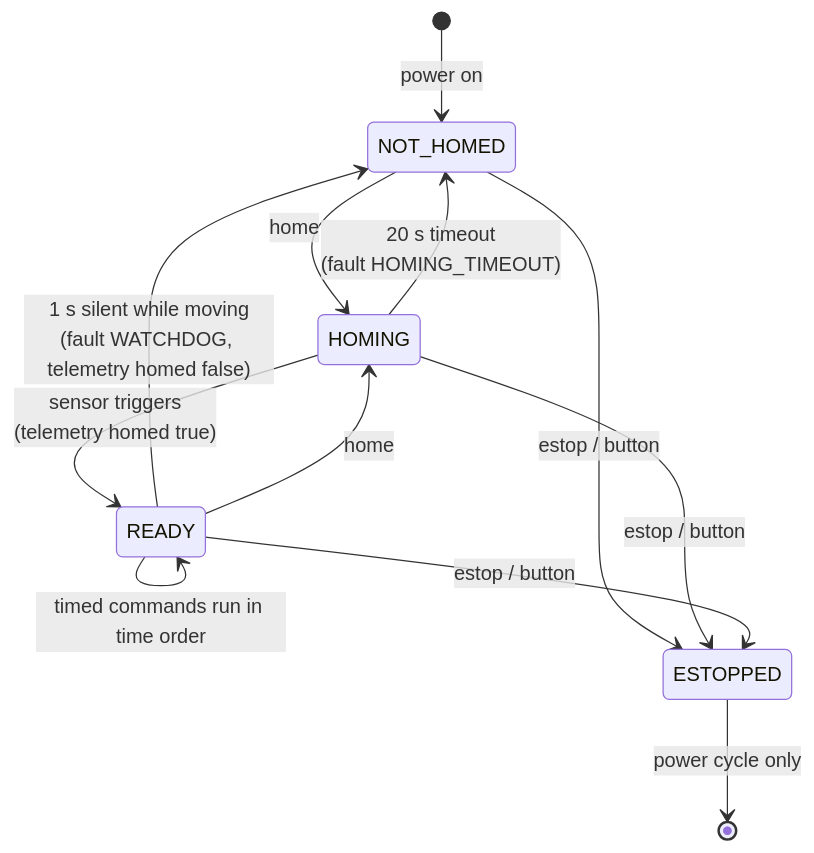
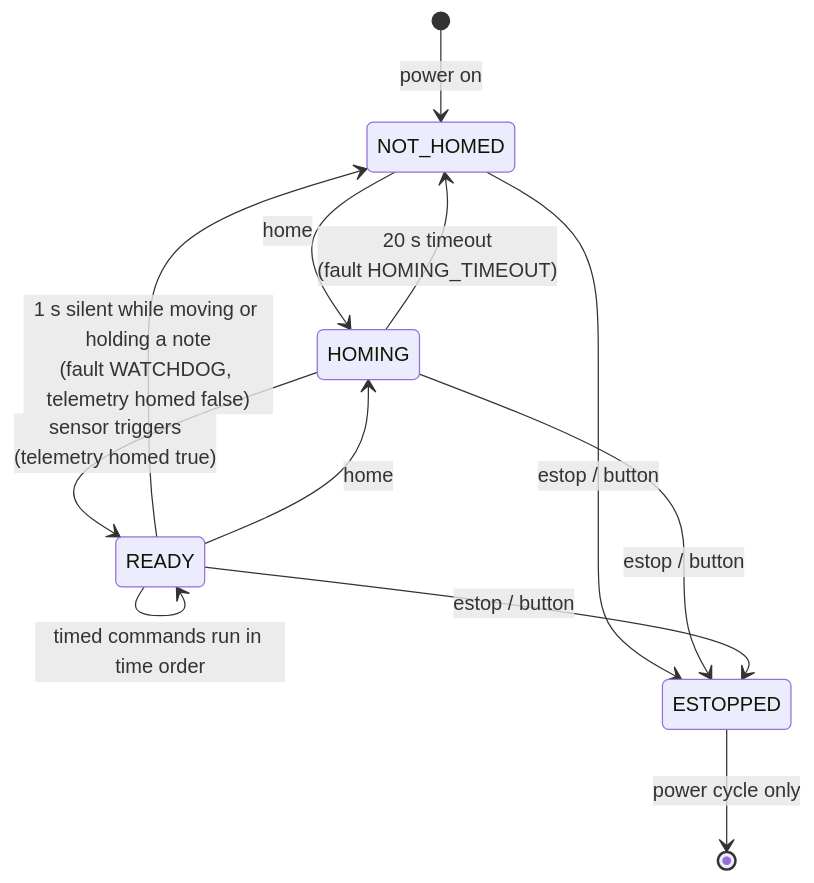
One commit to gilrvrv-design/Duet changed the fourth of 6 diagrams in docs/device-protocol.md. Above: the diagram before and after it, drawn with Mermaid. The commit also changed other lines of this file and 20 other files, not shown here.

````diff
--- a/docs/device-protocol.md
+++ b/docs/device-protocol.md
@@ -243,14 +245,14 @@
 ```mermaid
 stateDiagram-v2
     [*] --> NOT_HOMED: power on
     NOT_HOMED --> HOMING: home
     HOMING --> READY: sensor triggers<br/>(telemetry homed true)
     HOMING --> NOT_HOMED: 20 s timeout<br/>(fault HOMING_TIMEOUT)
     READY --> READY: timed commands run in time order
-    READY --> NOT_HOMED: 1 s silent while moving<br/>(fault WATCHDOG, telemetry homed false)
+    READY --> NOT_HOMED: 1 s silent while moving or holding a note<br/>(fault WATCHDOG, telemetry homed false)
     READY --> HOMING: home
     NOT_HOMED --> ESTOPPED: estop / button
     HOMING --> ESTOPPED: estop / button
     READY --> ESTOPPED: estop / button
     ESTOPPED --> [*]: power cycle only
 ```
````
